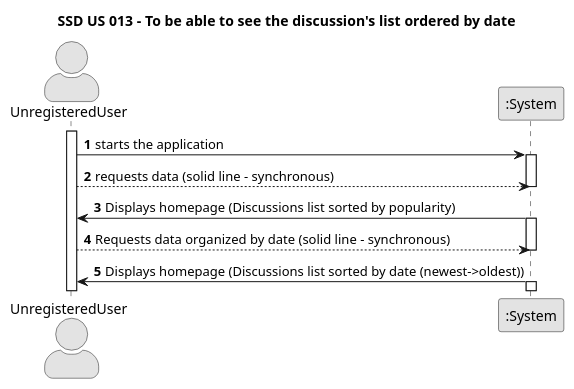
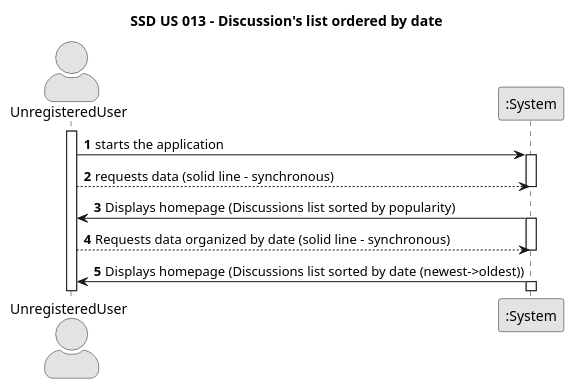
The diagram in docs/sprint01/us013/01.requirements-engineering/puml/us013-system-sequence-diagram-alternative-two.puml (TiagoMagalhaes1232507/Testando-projeto), drawn with PlantUML before and after one commit. The commit also changed 13 other files, not shown here.

```diff
--- a/docs/sprint01/us013/01.requirements-engineering/puml/us013-system-sequence-diagram-alternative-two.puml
+++ b/docs/sprint01/us013/01.requirements-engineering/puml/us013-system-sequence-diagram-alternative-two.puml
@@ -1,31 +1,31 @@
 @startuml
 skinparam monochrome true
 skinparam packageStyle rectangle
 skinparam shadowing false
 skinparam actorStyle awesome
 
-title SSD US 013 - To be able to see the discussion's list ordered by date
+title SSD US 013 - Discussion's list ordered by date
 
 autonumber
 
 actor "UnregisteredUser" as User
 participant ":System" as System
 
 activate User
 
   User -> System: starts the application
   activate System
 
     User --> System: requests data (solid line - synchronous)
   deactivate System
 
   System -> User: Displays homepage (Discussions list sorted by popularity)
   activate System
 
   User --> System: Requests data organized by date (solid line - synchronous)
 deactivate System
 
   System -> User: Displays homepage (Discussions list sorted by date (newest->oldest))
 activate System
 
 @enduml
```
